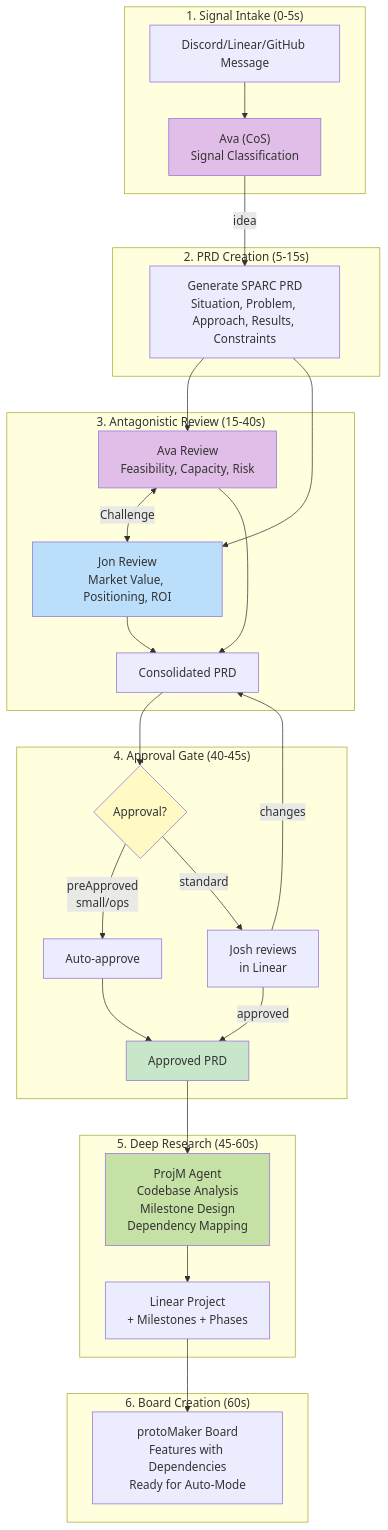
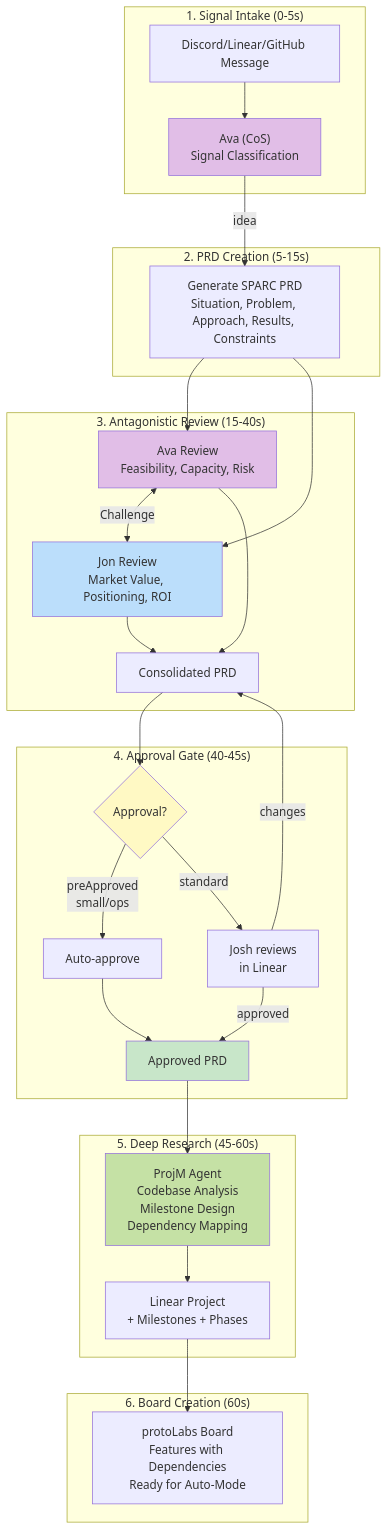
The diagram in docs/protolabs/content/idea-processing-architecture.md (protoLabsAI/protoMaker), drawn with Mermaid before and after one commit. The commit also changed other lines of this file and 11 other files, not shown here.

First line of the commit message:
chore(docs): consolidate protoMaker → protoLabs naming

````diff
--- a/docs/protolabs/content/idea-processing-architecture.md
+++ b/docs/protolabs/content/idea-processing-architecture.md
@@ -40,45 +40,45 @@
 ```mermaid
 graph TB
     subgraph INTAKE["1. Signal Intake (0-5s)"]
         SIGNAL[Discord/Linear/GitHub Message]
         AVA_CLASS["Ava (CoS)<br/>Signal Classification"]
         SIGNAL --> AVA_CLASS
     end
 
     subgraph PRD["2. PRD Creation (5-15s)"]
         AVA_CLASS -->|idea| SPARC["Generate SPARC PRD<br/>Situation, Problem, Approach, Results, Constraints"]
     end
 
     subgraph REVIEW["3. Antagonistic Review (15-40s)"]
         SPARC --> AVA_REV["Ava Review<br/>Feasibility, Capacity, Risk"]
         SPARC --> JON_REV["Jon Review<br/>Market Value, Positioning, ROI"]
         AVA_REV <-->|Challenge| JON_REV
         AVA_REV --> CONSOLIDATED["Consolidated PRD"]
         JON_REV --> CONSOLIDATED
     end
 
     subgraph APPROVAL["4. Approval Gate (40-45s)"]
         CONSOLIDATED --> GATE{Approval?}
         GATE -->|preApproved<br/>small/ops| AUTO["Auto-approve"]
         GATE -->|standard| JOSH["Josh reviews<br/>in Linear"]
         JOSH -->|approved| APPROVED["Approved PRD"]
         JOSH -->|changes| CONSOLIDATED
         AUTO --> APPROVED
     end
 
     subgraph PLANNING["5. Deep Research (45-60s)"]
         APPROVED --> PROJM["ProjM Agent<br/>Codebase Analysis<br/>Milestone Design<br/>Dependency Mapping"]
         PROJM --> PROJECT["Linear Project<br/>+ Milestones + Phases"]
     end
 
     subgraph EXECUTION["6. Board Creation (60s)"]
-        PROJECT --> BOARD["protoMaker Board<br/>Features with Dependencies<br/>Ready for Auto-Mode"]
+        PROJECT --> BOARD["protoLabs Board<br/>Features with Dependencies<br/>Ready for Auto-Mode"]
     end
 
     style AVA_CLASS fill:#e1bee7
     style AVA_REV fill:#e1bee7
     style JON_REV fill:#bbdefb
     style PROJM fill:#c5e1a5
     style GATE fill:#fff9c4
     style APPROVED fill:#c8e6c9
 ```
````
